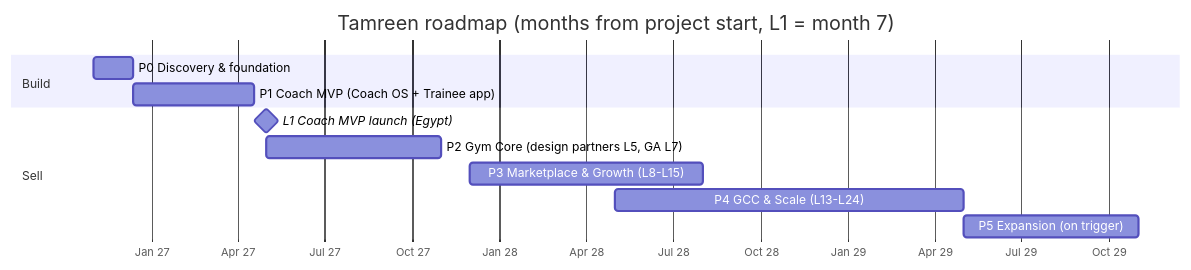
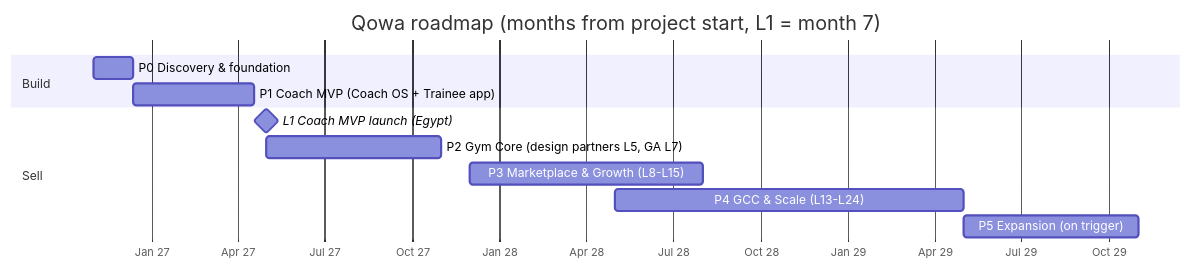
One commit to abdo-shrief270/muhasebi-egypt changed the tenth of 10 diagrams in docs/fitness-platform/PRODUCT_BUSINESS_BLUEPRINT.md. Above: the diagram before and after it, drawn with Mermaid. The commit also changed other lines of this file and 31 other files, not shown here.

First line of the commit message:
Rename the fitness platform from Tamreen to Qowa

````diff
--- a/docs/fitness-platform/PRODUCT_BUSINESS_BLUEPRINT.md
+++ b/docs/fitness-platform/PRODUCT_BUSINESS_BLUEPRINT.md
@@ -1064,15 +1064,15 @@
 ```mermaid
 gantt
-    title Tamreen roadmap (months from project start, L1 = month 7)
+    title Qowa roadmap (months from project start, L1 = month 7)
     dateFormat  YYYY-MM
     axisFormat  %b %y
     section Build
     P0 Discovery & foundation        :p0, 2026-11, 6w
     P1 Coach MVP (Coach OS + Trainee app) :p1, after p0, 18w
     section Sell
     L1 Coach MVP launch (Egypt)      :milestone, m1, 2027-05, 0d
     P2 Gym Core (design partners L5, GA L7) :p2, 2027-05, 6M
     P3 Marketplace & Growth (L8-L15) :p3, 2027-12, 8M
     P4 GCC & Scale (L13-L24)         :p4, 2028-05, 12M
     P5 Expansion (on trigger)        :p5, 2029-05, 6M
 ```
````
